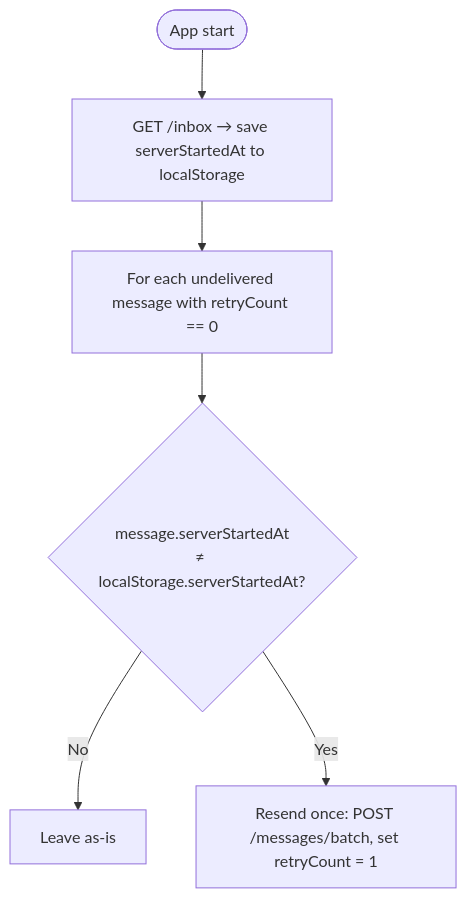
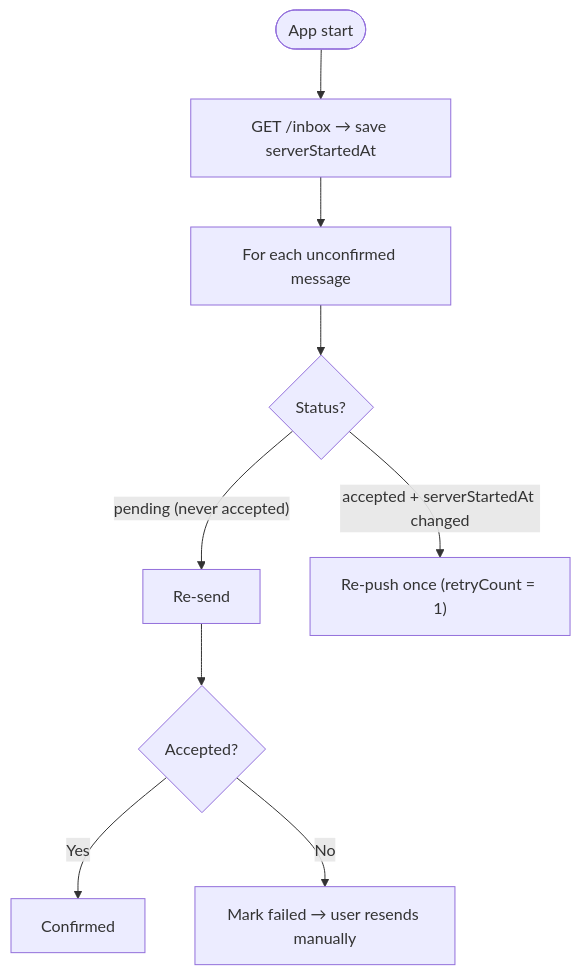
One commit to olshanskyev/fourletters-meta changed the fifth of 7 diagrams in doc/ARCHITECTURE.md. Above: the diagram before and after it, drawn with Mermaid. The commit also changed other lines of this file and 8 other files, not shown here.

````diff
--- a/doc/ARCHITECTURE.md
+++ b/doc/ARCHITECTURE.md
@@ -183,8 +185,11 @@
 ```mermaid
 flowchart TD
-    Start([App start]) --> Inbox["GET /inbox → save serverStartedAt to localStorage"]
-    Inbox --> Each["For each undelivered message with retryCount == 0"]
-    Each --> Cmp{"message.serverStartedAt<br/>≠ localStorage.serverStartedAt?"}
-    Cmp -- No --> Keep["Leave as-is"]
-    Cmp -- Yes --> Resend["Resend once: POST /messages/batch, set retryCount = 1"]
+    Start([App start]) --> Inbox["GET /inbox → save serverStartedAt"]
+    Inbox --> Each["For each unconfirmed message"]
+    Each --> Kind{"Status?"}
+    Kind -- "pending (never accepted)" --> Resend["Re-send"]
+    Kind -- "accepted + serverStartedAt changed" --> Repush["Re-push once (retryCount = 1)"]
+    Resend --> Ok{"Accepted?"}
+    Ok -- Yes --> Done["Confirmed"]
+    Ok -- No --> Failed["Mark failed → user resends manually"]
 ```
````
